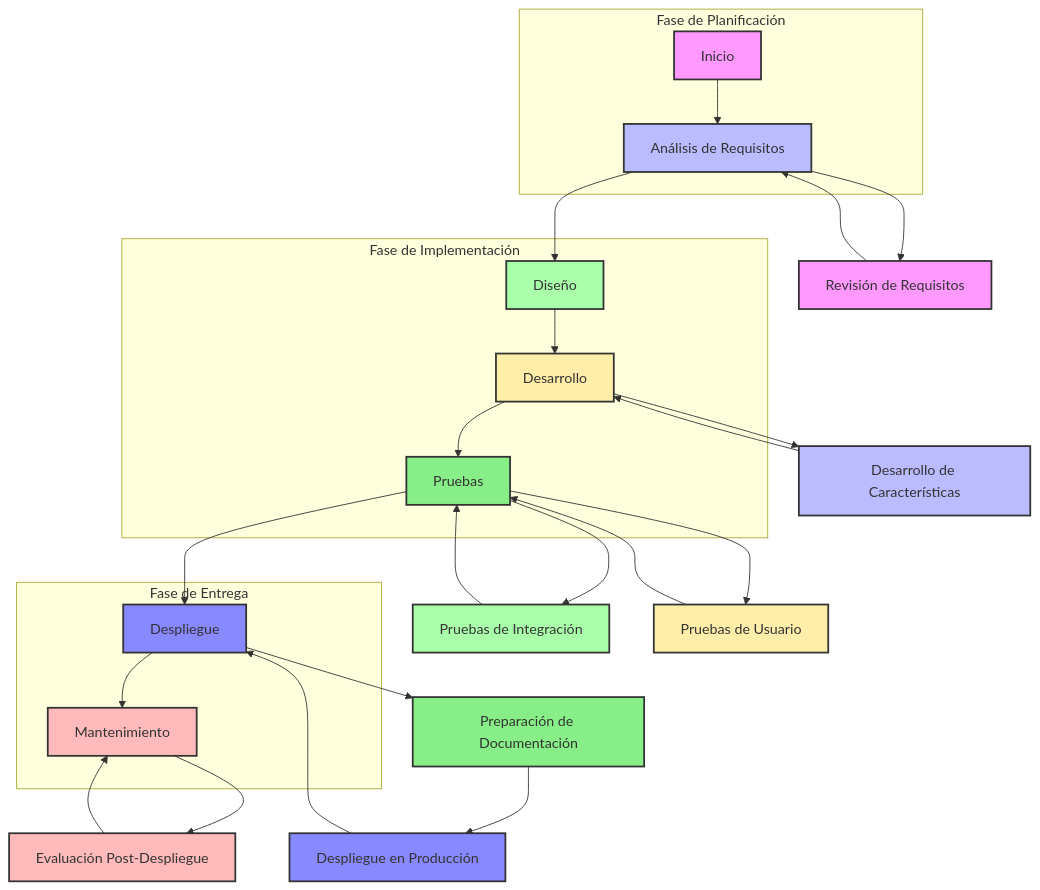
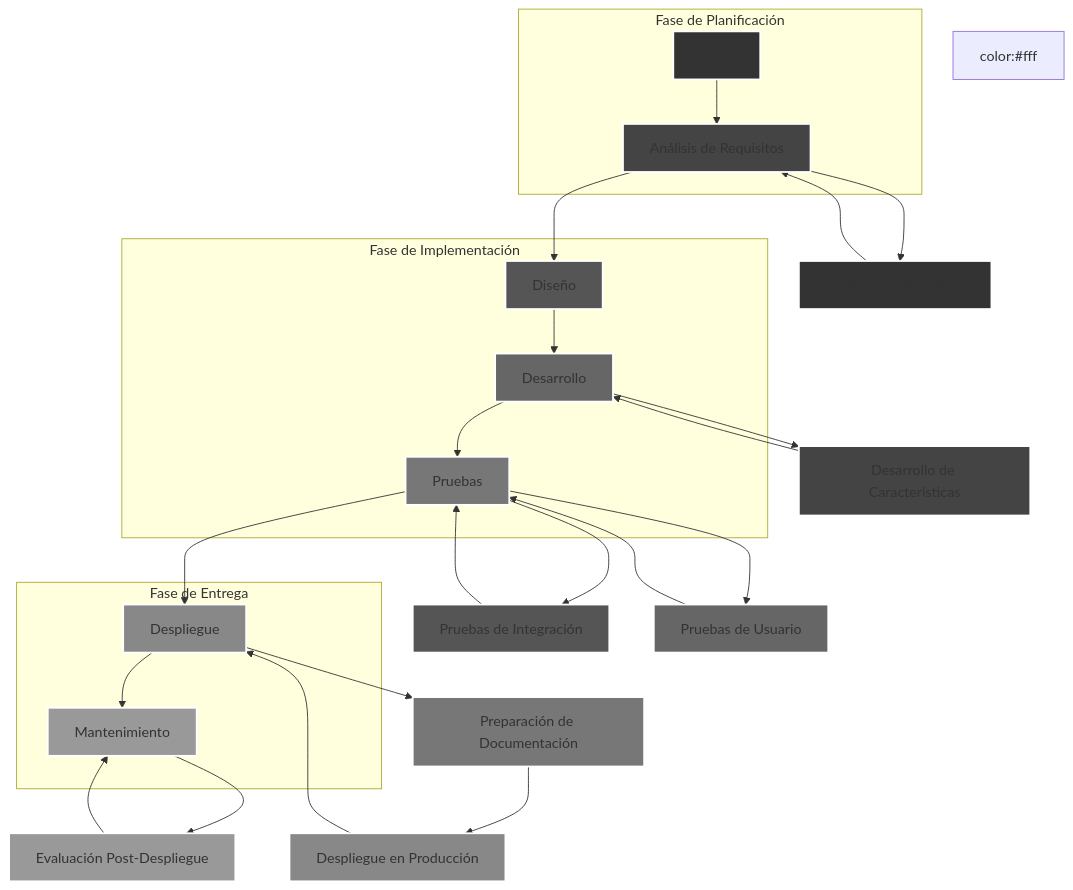
The diagram in experimental.md (andres0usb/andres0usb), drawn with Mermaid before and after one commit. The commit also changed other lines of this file, not shown here.

````diff
--- a/experimental.md
+++ b/experimental.md
@@ -12,59 +12,58 @@
 ```mermaid
 graph TD
     A[Inicio] --> B[Análisis de Requisitos]
     B --> C[Diseño]
     C --> D[Desarrollo]
     D --> E[Pruebas]
     E --> F[Despliegue]
     F --> G[Mantenimiento]
 
     subgraph "Fase de Planificación"
         A;
         B;
     end
 
     subgraph "Fase de Implementación"
         C;
         D;
         E;
     end
 
     subgraph "Fase de Entrega"
         F;
         G;
     end
 
     B --> H[Revisión de Requisitos]
     H --> B
 
     D --> I[Desarrollo de Características]
     I --> D
 
     E --> J[Pruebas de Integración]
     J --> E
     E --> K[Pruebas de Usuario]
     K --> E
 
     F --> L[Preparación de Documentación]
     L --> M[Despliegue en Producción]
     M --> F
 
     G --> N[Evaluación Post-Despliegue]
     N --> G
 
-    style A fill:#f9f,stroke:#333,stroke-width:2px;
-    style B fill:#bbf,stroke:#333,stroke-width:2px;
-    style C fill:#afa,stroke:#333,stroke-width:2px;
-    style D fill:#fea,stroke:#333,stroke-width:2px;
-    style E fill:#8e8,stroke:#333,stroke-width:2px;
-    style F fill:#88f,stroke:#333,stroke-width:2px;
-    style G fill:#fbb,stroke:#333,stroke-width:2px;
-    style H fill:#f9f,stroke:#333,stroke-width:2px;
-    style I fill:#bbf,stroke:#333,stroke-width:2px;
-    style J fill:#afa,stroke:#333,stroke-width:2px;
-    style K fill:#fea,stroke:#333,stroke-width:2px;
-    style L fill:#8e8,stroke:#333,stroke-width:2px;
-    style M fill:#88f,stroke:#333,stroke-width:2px;
-    style N fill:#fbb,stroke:#333,stroke-width:2px;
-
+    style A fill:#333,stroke:#fff,stroke-width:2px;color:#fff;
+    style B fill:#444,stroke:#fff,stroke-width:2px;color:#fff;
+    style C fill:#555,stroke:#fff,stroke-width:2px;color:#fff;
+    style D fill:#666,stroke:#fff,stroke-width:2px;color:#fff;
+    style E fill:#777,stroke:#fff,stroke-width:2px;color:#fff;
+    style F fill:#888,stroke:#fff,stroke-width:2px;color:#fff;
+    style G fill:#999,stroke:#fff,stroke-width:2px;color:#fff;
+    style H fill:#333,stroke:#fff,stroke-width:2px;color:#fff;
+    style I fill:#444,stroke:#fff,stroke-width:2px;color:#fff;
+    style J fill:#555,stroke:#fff,stroke-width:2px;color:#fff;
+    style K fill:#666,stroke:#fff,stroke-width:2px;color:#fff;
+    style L fill:#777,stroke:#fff,stroke-width:2px;color:#fff;
+    style M fill:#888,stroke:#fff,stroke-width:2px;color:#fff;
+    style N fill:#999,stroke:#fff,stroke-width:2px;color:#fff;
 ```
````
